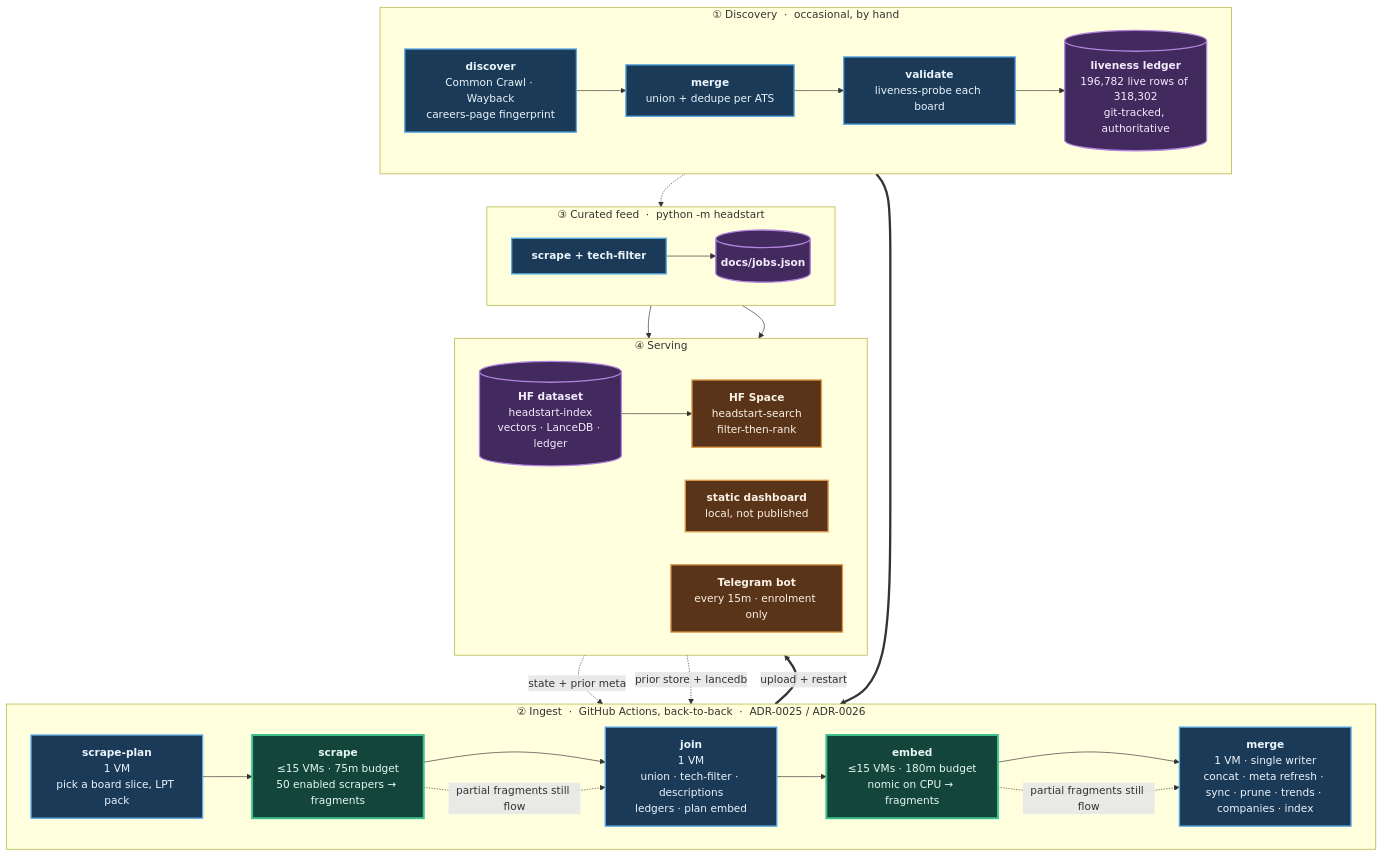
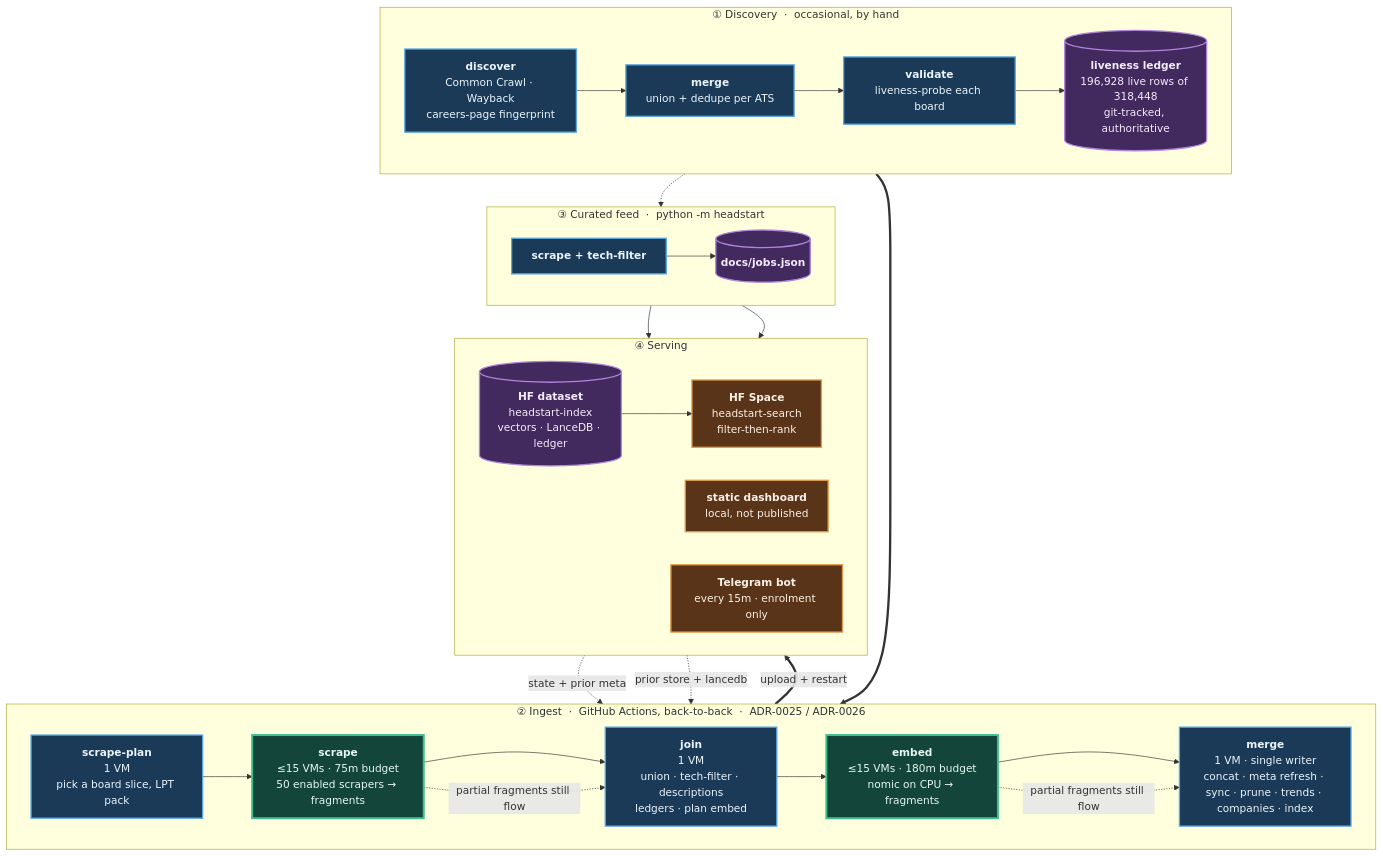
Before and after one commit to sarthakjain004/headstart: the diagram in README.md, drawn with Mermaid. The commit also changed other lines of this file and 1 other file, not shown here.

````diff
--- a/README.md
+++ b/README.md
@@ -185,56 +185,56 @@
 ```mermaid
 flowchart TB
     subgraph D["① Discovery &nbsp;·&nbsp; occasional, by hand"]
         direction LR
         D1["<b>discover</b><br/>Common Crawl · Wayback<br/>careers-page fingerprint"]
         D2["<b>merge</b><br/>union + dedupe per ATS"]
         D3["<b>validate</b><br/>liveness-probe each board"]
-        D4[("<b>liveness ledger</b><br/>196,782 live rows of 318,302<br/>git-tracked, authoritative")]
+        D4[("<b>liveness ledger</b><br/>196,928 live rows of 318,448<br/>git-tracked, authoritative")]
         D1 --> D2 --> D3 --> D4
     end
 
     subgraph P["② Ingest &nbsp;·&nbsp; GitHub Actions, back-to-back &nbsp;·&nbsp; ADR-0025 / ADR-0026"]
         direction LR
         P1["<b>scrape-plan</b><br/>1 VM<br/>pick a board slice, LPT pack"]
         P2["<b>scrape</b><br/>≤15 VMs · 75m budget<br/>50 enabled scrapers → fragments"]
         P3["<b>join</b><br/>1 VM<br/>union · tech-filter · descriptions<br/>ledgers · plan embed"]
         P4["<b>embed</b><br/>≤15 VMs · 180m budget<br/>nomic on CPU → fragments"]
         P5["<b>merge</b><br/>1 VM · single writer<br/>concat · meta refresh · sync · prune · trends · companies · index"]
         P1 --> P2 --> P3 --> P4 --> P5
     end
 
     subgraph F["③ Curated feed &nbsp;·&nbsp; python -m headstart"]
         direction LR
         F1["<b>scrape + tech-filter</b>"]
         F2[("<b>docs/jobs.json</b>")]
         F1 --> F2
     end
 
     subgraph S["④ Serving"]
         direction LR
         S1[("<b>HF dataset</b><br/>headstart-index<br/>vectors · LanceDB · ledger")]
         S2["<b>HF Space</b><br/>headstart-search<br/>filter-then-rank"]
         S3["<b>static dashboard</b><br/>local, not published"]
         S4["<b>Telegram bot</b><br/>every 15m · enrolment only"]
         S1 --> S2
     end
 
     D4 ==> P1
     S1 -. "state + prior meta" .-> P1
     S1 -. "prior store + lancedb" .-> P5
     D4 -.-> F1
     P5 ==>|"upload + restart"| S1
     F2 --> S3
     F2 --> S4
     P2 -. "partial fragments still flow" .-> P3
     P4 -. "partial fragments still flow" .-> P5
 
     classDef serial fill:#1b3a57,stroke:#5aa9e6,stroke-width:2px,color:#eaf4fc
     classDef fan fill:#14453a,stroke:#3fbf8f,stroke-width:3px,color:#e4f7f0
     classDef store fill:#42295e,stroke:#b184dd,stroke-width:2px,color:#f4ecfc
     classDef serve fill:#5a3418,stroke:#e09a4f,stroke-width:2px,color:#fbf1e6
     class D1,D2,D3,P1,P3,P5,F1 serial
     class P2,P4 fan
     class D4,F2,S1 store
     class S2,S3,S4 serve
 ```
````
